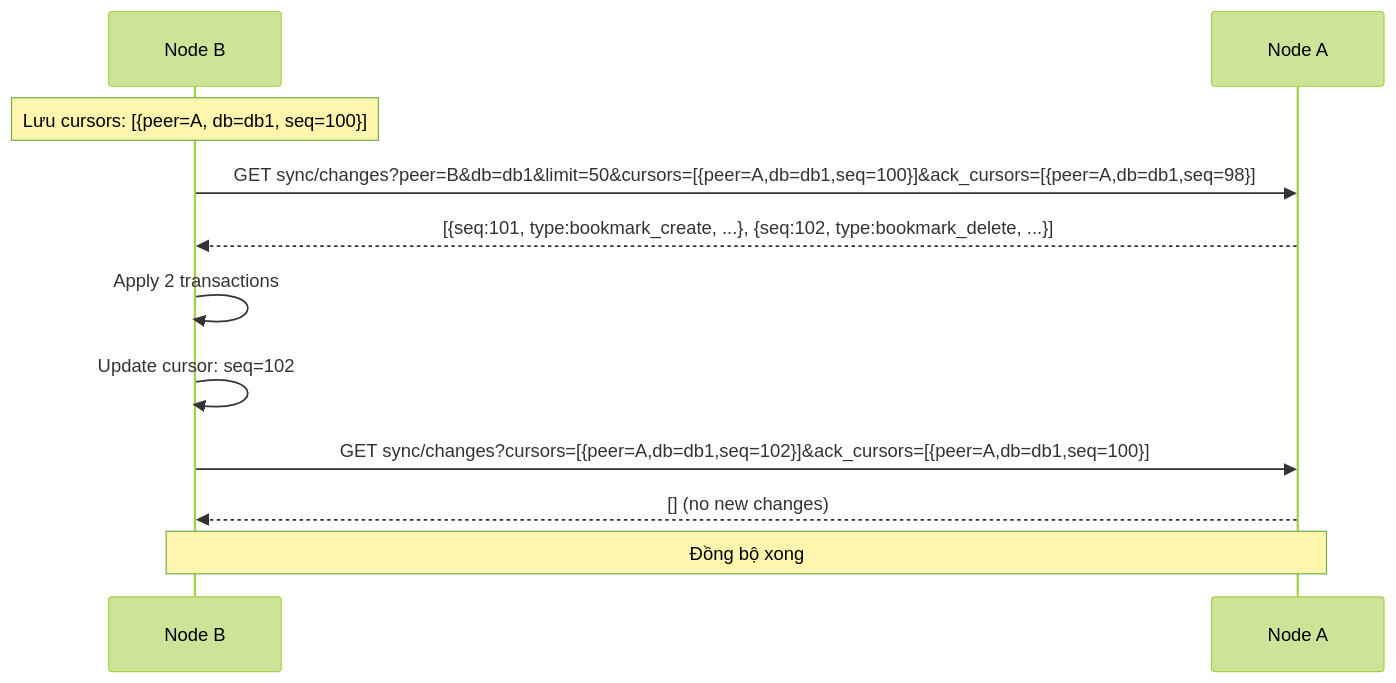
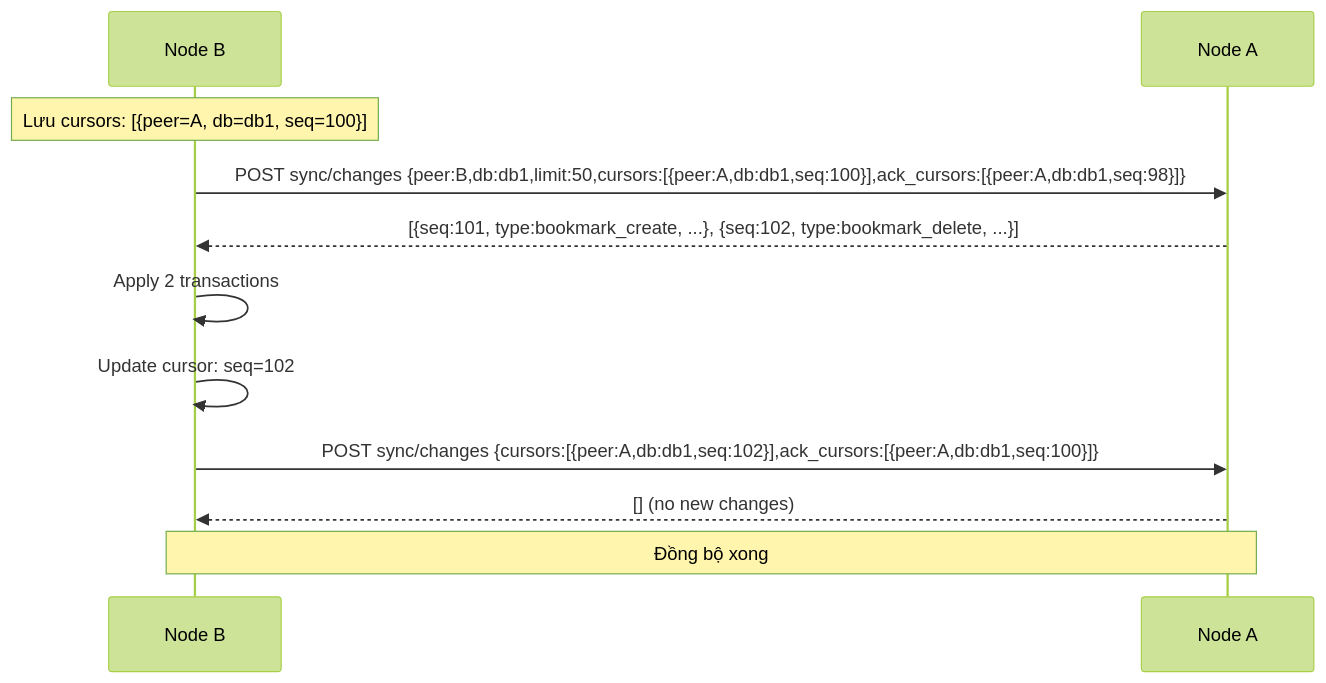
Before and after one commit to lightingbro46/S3MediaKit: the third of 3 diagrams in docs/api-sync.md, drawn with Mermaid (forest theme). The commit also changed other lines of this file and 6 other files, not shown here.

````diff
--- a/docs/api-sync.md
+++ b/docs/api-sync.md
@@ -249,16 +270,16 @@
 ```mermaid
 sequenceDiagram
     participant B as Node B
     participant A as Node A
 
     Note over B: Lưu cursors: [{peer=A, db=db1, seq=100}]
 
-    B->>A: GET sync/changes?peer=B&db=db1&limit=50&cursors=[{peer=A,db=db1,seq=100}]&ack_cursors=[{peer=A,db=db1,seq=98}]
+    B->>A: POST sync/changes {peer:B,db:db1,limit:50,cursors:[{peer:A,db:db1,seq:100}],ack_cursors:[{peer:A,db:db1,seq:98}]}
     A-->>B: [{seq:101, type:bookmark_create, ...}, {seq:102, type:bookmark_delete, ...}]
     B->>B: Apply 2 transactions
     B->>B: Update cursor: seq=102
 
-    B->>A: GET sync/changes?cursors=[{peer=A,db=db1,seq=102}]&ack_cursors=[{peer=A,db=db1,seq=100}]
+    B->>A: POST sync/changes {cursors:[{peer:A,db:db1,seq:102}],ack_cursors:[{peer:A,db:db1,seq:100}]}
     A-->>B: [] (no new changes)
     Note over B,A: Đồng bộ xong
 ```
````
